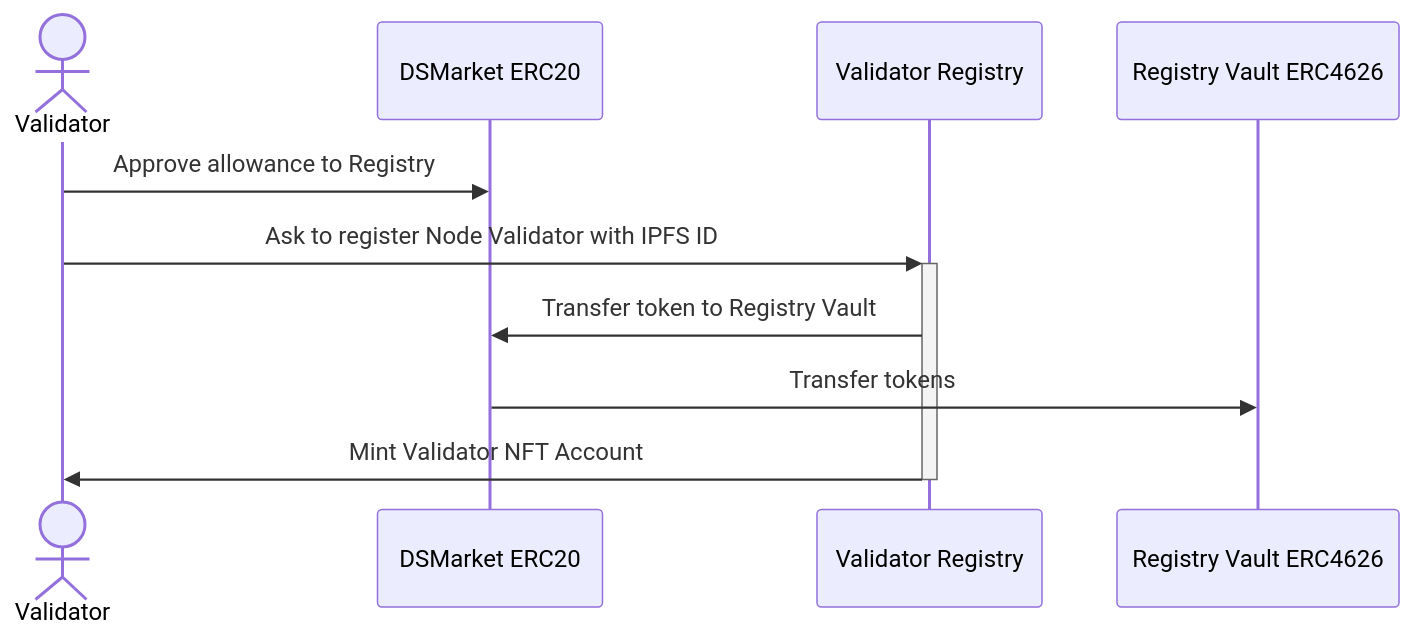
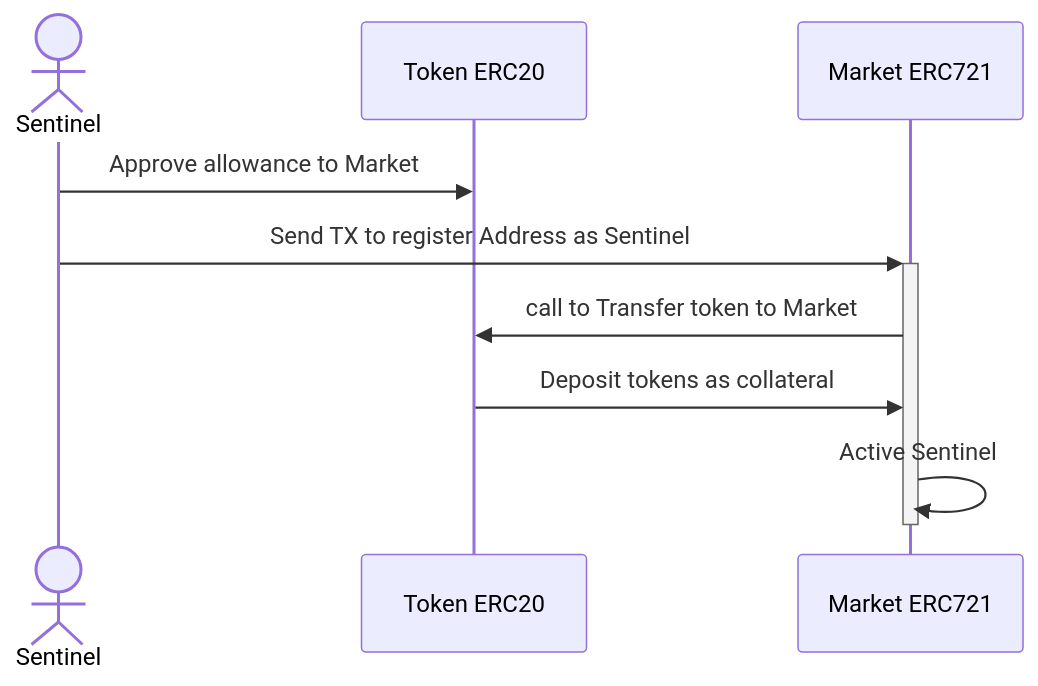
Before and after one commit to DSMarket/protocol: the fifth of 5 diagrams in README.md, drawn with Mermaid. The commit also changed other lines of this file, not shown here.

Commit message:
docs: update diagrams

````diff
--- a/README.md
+++ b/README.md
@@ -45,15 +81,12 @@
 ```mermaid
 sequenceDiagram
-    Actor V as Validator
-    participant T as DSMarket ERC20
-    participant R as Validator Registry
-    participant RV as Registry Vault ERC4626
+    Actor S as Sentinel
+    participant T as Token ERC20
+    participant M as Market ERC721
 
-
-    V ->> T: Approve allowance to Registry
-
-    V ->>+ R: Ask to register Node Validator with IPFS ID
-    R ->> T: Transfer token to Registry Vault
-    T ->> RV: Transfer tokens
-    R ->>- V: Mint Validator NFT Account
+    S ->> T: Approve allowance to Market
+    S ->>+ M: Send TX to register Address as Sentinel
+    M ->> T: call to Transfer token to Market
+    T ->> M: Deposit tokens as collateral
+    M ->>- M: Active Sentinel
 ```
````
